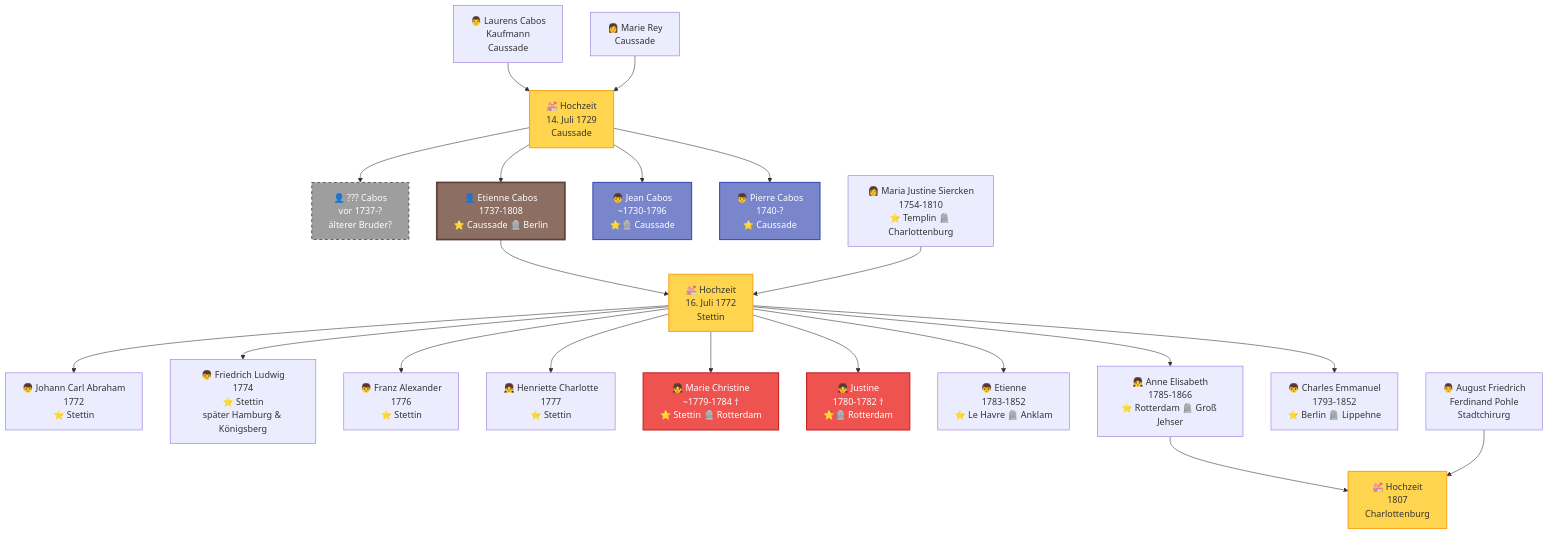
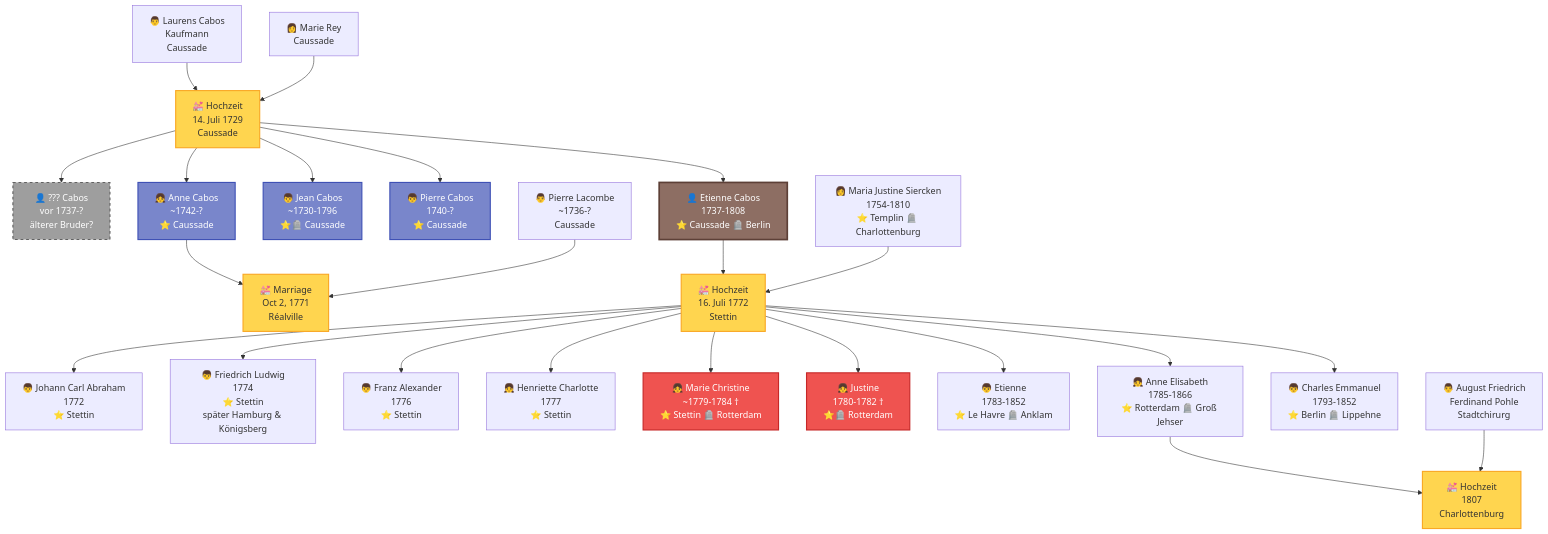
Before and after one commit to ccabos/Etienne: the first of 2 diagrams in docs/stammbaum.en.md, drawn with Mermaid. The commit also changed other lines of this file and 47 other files, not shown here.

````diff
--- a/docs/stammbaum.en.md
+++ b/docs/stammbaum.en.md
@@ -9,42 +9,48 @@
 ```mermaid
 graph TD
     A["👨 Laurens Cabos<br/>Kaufmann<br/>Caussade"] --> H1["💒 Hochzeit<br/>14. Juli 1729<br/>Caussade"]
     B["👩 Marie Rey<br/>Caussade"] --> H1
 
     H1 --> S0["👤 ??? Cabos<br/>vor 1737-?<br/>älterer Bruder?"]
     H1 --> C["👤 Etienne Cabos<br/>1737-1808<br/>⭐ Caussade 🪦 Berlin"]
     H1 --> S1["👦 Jean Cabos<br/>~1730-1796<br/>⭐🪦 Caussade"]
     H1 --> S2["👦 Pierre Cabos<br/>1740-?<br/>⭐ Caussade"]
+    H1 --> S3["👧 Anne Cabos<br/>~1742-?<br/>⭐ Caussade"]
+
+    S3 --> H4["💒 Marriage<br/>Oct 2, 1771<br/>Réalville"]
+    G["👨 Pierre Lacombe<br/>~1736-?<br/>Caussade"] --> H4
 
     C --> H2["💒 Hochzeit<br/>16. Juli 1772<br/>Stettin"]
     D["👩 Maria Justine Siercken<br/>1754-1810<br/>⭐ Templin 🪦 Charlottenburg"] --> H2
 
     H2 --> E1["👦 Johann Carl Abraham<br/>1772<br/>⭐ Stettin"]
     H2 --> E2["👦 Friedrich Ludwig<br/>1774<br/>⭐ Stettin<br/>später Hamburg & Königsberg"]
     H2 --> E3["👦 Franz Alexander<br/>1776<br/>⭐ Stettin"]
     H2 --> E4["👧 Henriette Charlotte<br/>1777<br/>⭐ Stettin"]
     H2 --> E5["👧 Marie Christine<br/>~1779-1784 †<br/>⭐ Stettin 🪦 Rotterdam"]
     H2 --> E6["👧 Justine<br/>1780-1782 †<br/>⭐🪦 Rotterdam"]
     H2 --> E7["👦 Etienne<br/>1783-1852<br/>⭐ Le Havre 🪦 Anklam"]
     H2 --> E8["👧 Anne Elisabeth<br/>1785-1866<br/>⭐ Rotterdam 🪦 Groß Jehser"]
     H2 --> E9["👦 Charles Emmanuel<br/>1793-1852<br/>⭐ Berlin 🪦 Lippehne"]
 
     E8 --> H3["💒 Hochzeit<br/>1807<br/>Charlottenburg"]
     F["👨 August Friedrich<br/>Ferdinand Pohle<br/>Stadtchirurg"] --> H3
 
     style C fill:#8d6e63,stroke:#5d4037,stroke-width:3px,color:#fff
     style S0 fill:#9e9e9e,stroke:#616161,stroke-width:2px,stroke-dasharray:5,color:#fff
     style S1 fill:#7986cb,stroke:#3f51b5,stroke-width:2px,color:#fff
     style S2 fill:#7986cb,stroke:#3f51b5,stroke-width:2px,color:#fff
+    style S3 fill:#7986cb,stroke:#3f51b5,stroke-width:2px,color:#fff
     style E5 fill:#ef5350,stroke:#c62828,stroke-width:2px,color:#fff
     style E6 fill:#ef5350,stroke:#c62828,stroke-width:2px,color:#fff
     style H1 fill:#ffd54f,stroke:#f9a825,stroke-width:2px
     style H2 fill:#ffd54f,stroke:#f9a825,stroke-width:2px
     style H3 fill:#ffd54f,stroke:#f9a825,stroke-width:2px
+    style H4 fill:#ffd54f,stroke:#f9a825,stroke-width:2px
 
     classDef mainPerson fill:#8d6e63,stroke:#5d4037,stroke-width:3px,color:#fff
     classDef sibling fill:#7986cb,stroke:#3f51b5,stroke-width:2px,color:#fff
     classDef unknown fill:#9e9e9e,stroke:#616161,stroke-width:2px,stroke-dasharray:5,color:#fff
     classDef deceased fill:#ef5350,stroke:#c62828,stroke-width:2px,color:#fff
     classDef marriage fill:#ffd54f,stroke:#f9a825,stroke-width:2px
 ```
````
